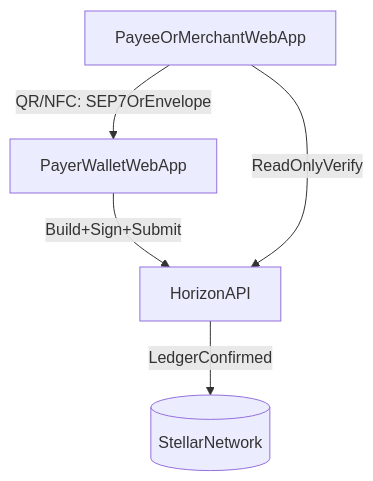
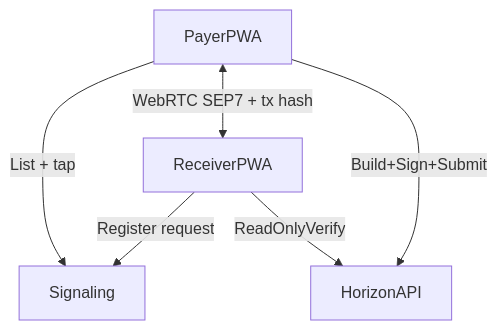
Before and after one commit to blessedux/Sozu_TTP_protocol: the diagram in docs/e2e-flow.md, drawn with Mermaid. The commit also changed other lines of this file and 10 other files, not shown here.

First line of the commit message:
docs: WebRTC tap-to-pay architecture; retire NFC/BT transport plan

````diff
--- a/docs/e2e-flow.md
+++ b/docs/e2e-flow.md
@@ -67,7 +65,8 @@
 ```mermaid
 flowchart TD
-  Payee[PayeeOrMerchantWebApp] -->|QR/NFC: SEP7OrEnvelope| Payer[PayerWalletWebApp]
+  Payee[ReceiverPWA] -->|Register request| Sig[Signaling]
+  Payer[PayerPWA] -->|List + tap| Sig
+  Payer <-->|WebRTC SEP7 + tx hash| Payee
   Payer -->|Build+Sign+Submit| Horizon[HorizonAPI]
-  Horizon -->|LedgerConfirmed| Stellar[(StellarNetwork)]
   Payee -->|ReadOnlyVerify| Horizon
 ```
````
